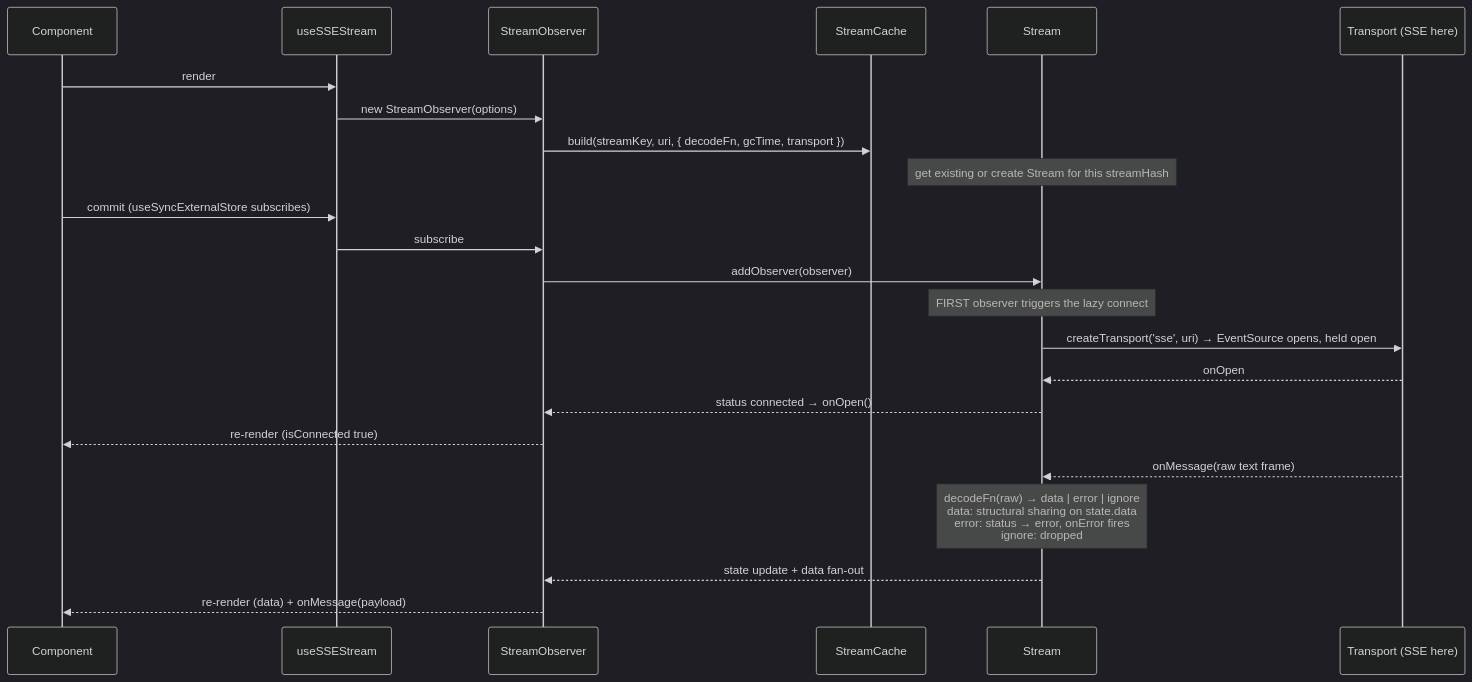
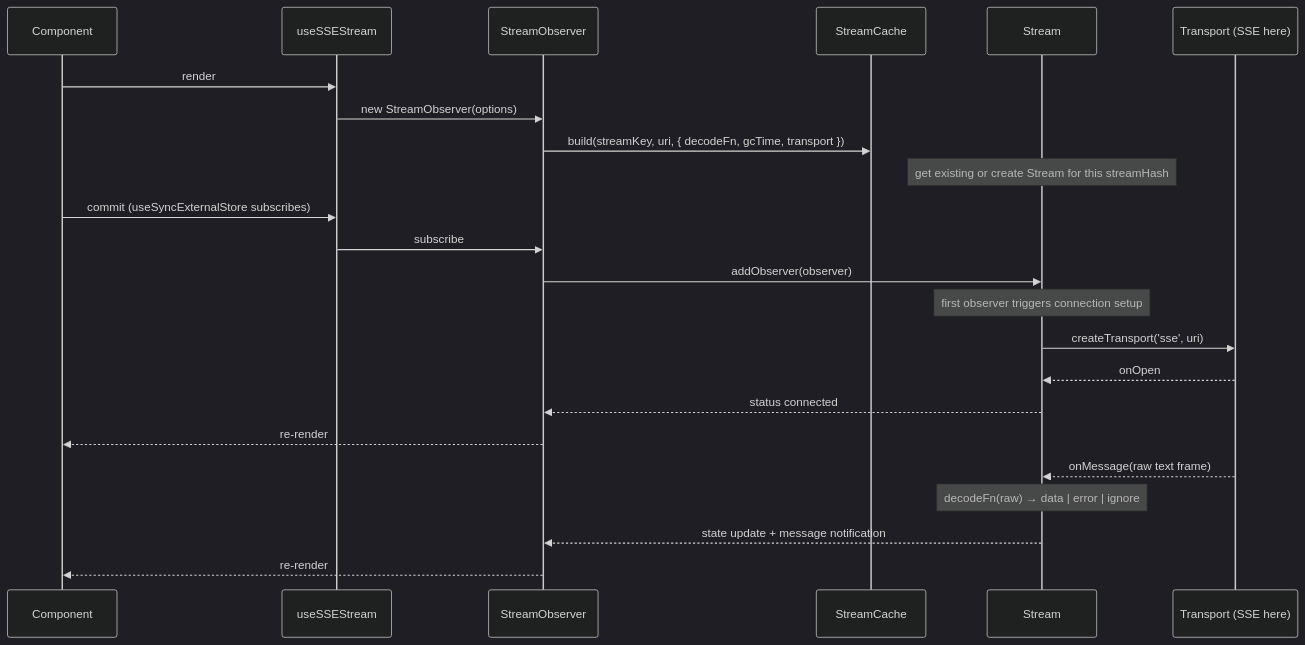
One commit to gohypergiant/standard-toolkit changed the second of 3 diagrams in packages/stream/README.md. Above: the diagram before and after it, drawn with Mermaid (dark theme). The commit also changed other lines of this file, not shown here.

````diff
--- a/packages/stream/README.md
+++ b/packages/stream/README.md
@@ -73,26 +136,26 @@
 ```mermaid
 sequenceDiagram
     participant Comp as Component
     participant Hook as useSSEStream
     participant Obs as StreamObserver
     participant Cache as StreamCache
     participant Str as Stream
     participant T as Transport (SSE here)
 
     Comp->>Hook: render
     Hook->>Obs: new StreamObserver(options)
     Obs->>Cache: build(streamKey, uri, { decodeFn, gcTime, transport })
     Note over Str: get existing or create Stream for this streamHash
     Comp->>Hook: commit (useSyncExternalStore subscribes)
     Hook->>Obs: subscribe
     Obs->>Str: addObserver(observer)
-    Note over Str: FIRST observer triggers the lazy connect
-    Str->>T: createTransport('sse', uri) → EventSource opens, held open
+    Note over Str: first observer triggers connection setup
+    Str->>T: createTransport('sse', uri)
     T-->>Str: onOpen
-    Str-->>Obs: status connected → onOpen()
-    Obs-->>Comp: re-render (isConnected true)
+    Str-->>Obs: status connected
+    Obs-->>Comp: re-render
     T-->>Str: onMessage(raw text frame)
-    Note over Str: decodeFn(raw) → data | error | ignore<br/>data: structural sharing on state.data<br/>error: status → error, onError fires<br/>ignore: dropped
-    Str-->>Obs: state update + data fan-out
-    Obs-->>Comp: re-render (data) + onMessage(payload)
+    Note over Str: decodeFn(raw) → data | error | ignore
+    Str-->>Obs: state update + message notification
+    Obs-->>Comp: re-render
 ```
````
